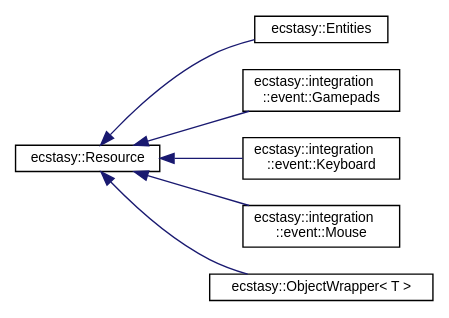
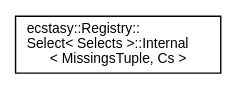
One commit to AndreasLrx/ecstasy changed the diagram in inherit_graph_44.dot. Above: the diagram before and after it, drawn with Graphviz. The commit also changed 382 other files, not shown here.

```diff
--- a/inherit_graph_44.dot
+++ b/inherit_graph_44.dot
@@ -1,18 +1,8 @@
 digraph "Graphical Class Hierarchy"
 {
  // LATEX_PDF_SIZE
   edge [fontname="Helvetica",fontsize="10",labelfontname="Helvetica",labelfontsize="10"];
   node [fontname="Helvetica",fontsize="10",shape=record];
   rankdir="LR";
-  Node0 [label="ecstasy::Resource",height=0.2,width=0.4,color="black", fillcolor="white", style="filled",URL="$classecstasy_1_1_resource.html",tooltip="Base class of all registry resources."];
-  Node0 -> Node1 [dir="back",color="midnightblue",fontsize="10",style="solid",fontname="Helvetica"];
-  Node1 [label="ecstasy::Entities",height=0.2,width=0.4,color="black", fillcolor="white", style="filled",URL="$classecstasy_1_1_entities.html",tooltip="Resource holding all the Registry entities."];
-  Node0 -> Node2 [dir="back",color="midnightblue",fontsize="10",style="solid",fontname="Helvetica"];
-  Node2 [label="ecstasy::integration\l::event::Gamepads",height=0.2,width=0.4,color="black", fillcolor="white", style="filled",URL="$classecstasy_1_1integration_1_1event_1_1_gamepads.html",tooltip="Current Gamepads states."];
-  Node0 -> Node3 [dir="back",color="midnightblue",fontsize="10",style="solid",fontname="Helvetica"];
-  Node3 [label="ecstasy::integration\l::event::Keyboard",height=0.2,width=0.4,color="black", fillcolor="white", style="filled",URL="$classecstasy_1_1integration_1_1event_1_1_keyboard.html",tooltip="Current Keyboard state."];
-  Node0 -> Node4 [dir="back",color="midnightblue",fontsize="10",style="solid",fontname="Helvetica"];
-  Node4 [label="ecstasy::integration\l::event::Mouse",height=0.2,width=0.4,color="black", fillcolor="white", style="filled",URL="$classecstasy_1_1integration_1_1event_1_1_mouse.html",tooltip="Current mouse state."];
-  Node0 -> Node5 [dir="back",color="midnightblue",fontsize="10",style="solid",fontname="Helvetica"];
-  Node5 [label="ecstasy::ObjectWrapper\< T \>",height=0.2,width=0.4,color="black", fillcolor="white", style="filled",URL="$classecstasy_1_1_object_wrapper.html",tooltip="Basic object wrapper as a resource."];
+  Node0 [label="ecstasy::Registry::\lSelect\< Selects \>::Internal\l\< MissingsTuple, Cs \>",height=0.2,width=0.4,color="black", fillcolor="white", style="filled",URL="$structecstasy_1_1_registry_1_1_select_1_1_internal.html",tooltip="Internal structure allowing to add implicitly required queryables (from the selected types)."];
 }
```
